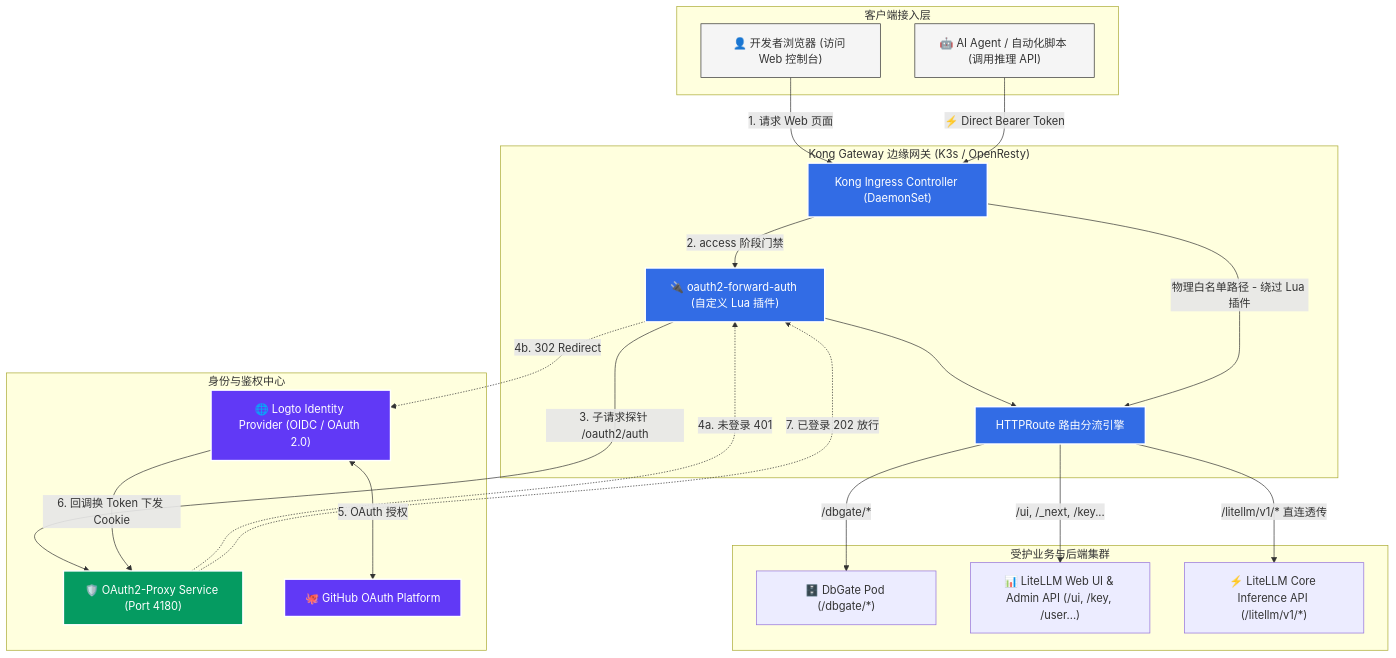
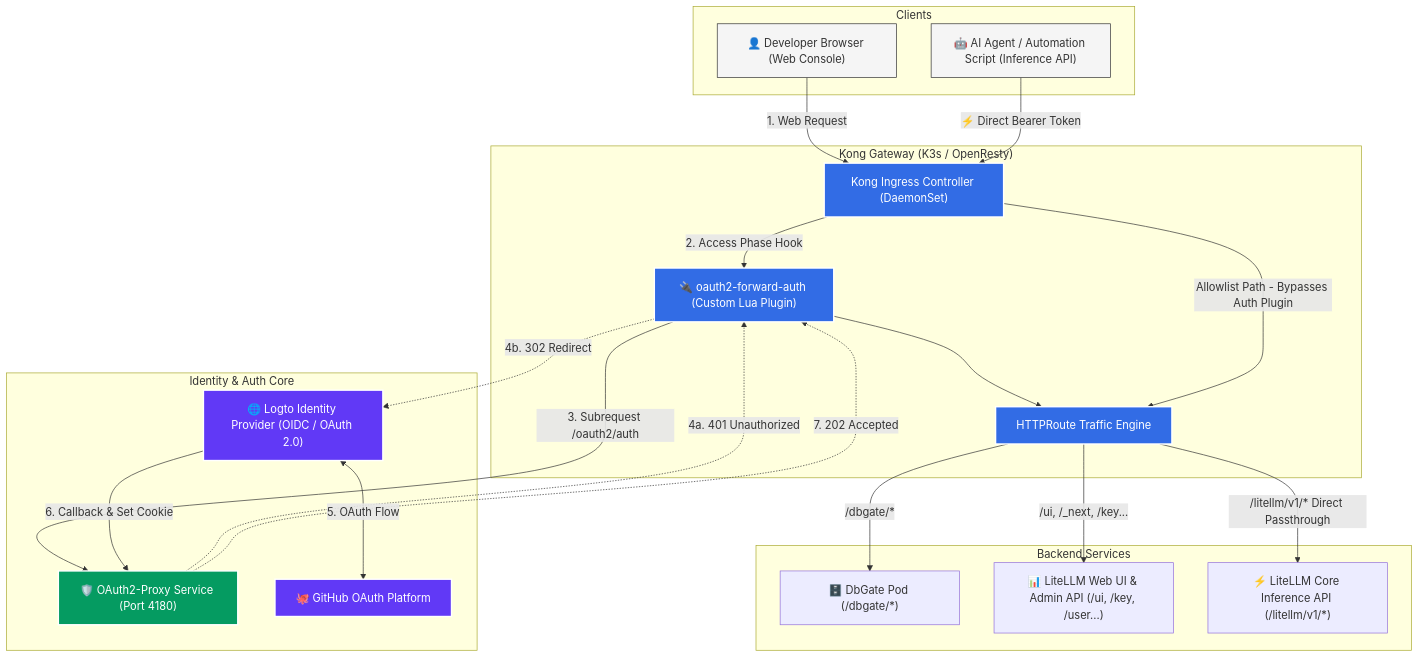
One commit to nvd11/my-argocd-manifests changed the first of 2 diagrams in docs/kong-logto-github-sso-deep-dive-blog.md. Above: the diagram before and after it, drawn with Mermaid. The commit also changed other lines of this file and 2 other files, not shown here.

````diff
--- a/docs/kong-logto-github-sso-deep-dive-blog.md
+++ b/docs/kong-logto-github-sso-deep-dive-blog.md
@@ -33,55 +33,55 @@
 ```mermaid
 flowchart TD
-    subgraph Clients["客户端接入层"]
-        Browser["👤 开发者浏览器 (访问 Web 控制台)"]
-        Agent["🤖 AI Agent / 自动化脚本 (调用推理 API)"]
+    subgraph Clients["Clients"]
+        Browser["👤 Developer Browser (Web Console)"]
+        Agent["🤖 AI Agent / Automation Script (Inference API)"]
     end
 
-    subgraph KongLayer["Kong Gateway 边缘网关 (K3s / OpenResty)"]
+    subgraph KongLayer["Kong Gateway (K3s / OpenResty)"]
         Gateway["Kong Ingress Controller (DaemonSet)"]
-        LuaPlugin["🔌 oauth2-forward-auth (自定义 Lua 插件)"]
-        GatewayAPI["HTTPRoute 路由分流引擎"]
+        LuaPlugin["🔌 oauth2-forward-auth (Custom Lua Plugin)"]
+        GatewayAPI["HTTPRoute Traffic Engine"]
     end
 
-    subgraph AuthLayer["身份与鉴权中心"]
+    subgraph AuthLayer["Identity & Auth Core"]
         AuthProxy["🛡️ OAuth2-Proxy Service (Port 4180)"]
         Logto["🌐 Logto Identity Provider (OIDC / OAuth 2.0)"]
         GitHub["🐙 GitHub OAuth Platform"]
     end
 
-    subgraph BackendServices["受护业务与后端集群"]
+    subgraph BackendServices["Backend Services"]
         DbGate["🗄️ DbGate Pod (/dbgate/*)"]
         LiteLLM_UI["📊 LiteLLM Web UI & Admin API (/ui, /key, /user...)"]
         LiteLLM_API["⚡ LiteLLM Core Inference API (/litellm/v1/*)"]
     end
 
-    %% 浏览器 UI 流量
-    Browser -->|"1. 请求 Web 页面"| Gateway
-    Gateway -->|"2. access 阶段门禁"| LuaPlugin
-    LuaPlugin -->|"3. 子请求探针 /oauth2/auth"| AuthProxy
-    AuthProxy -.->|"4a. 未登录 401"| LuaPlugin
+    %% Browser UI Traffic
+    Browser -->|"1. Web Request"| Gateway
+    Gateway -->|"2. Access Phase Hook"| LuaPlugin
+    LuaPlugin -->|"3. Subrequest /oauth2/auth"| AuthProxy
+    AuthProxy -.->|"4a. 401 Unauthorized"| LuaPlugin
     LuaPlugin -.->|"4b. 302 Redirect"| Logto
-    Logto <-->|"5. OAuth 授权"| GitHub
-    Logto -->|"6. 回调换 Token 下发 Cookie"| AuthProxy
-    AuthProxy -.->|"7. 已登录 202 放行"| LuaPlugin
+    Logto <-->|"5. OAuth Flow"| GitHub
+    Logto -->|"6. Callback & Set Cookie"| AuthProxy
+    AuthProxy -.->|"7. 202 Accepted"| LuaPlugin
     LuaPlugin --> GatewayAPI
 
-    %% 路由分流
+    %% Route Traffic
     GatewayAPI -->|"/dbgate/*"| DbGate
     GatewayAPI -->|"/ui, /_next, /key..."| LiteLLM_UI
 
-    %% API 流量穿透
+    %% API Passthrough
     Agent -->|"⚡ Direct Bearer Token"| Gateway
-    Gateway -->|"物理白名单路径 - 绕过 Lua 插件"| GatewayAPI
-    GatewayAPI -->|"/litellm/v1/* 直连透传"| LiteLLM_API
+    Gateway -->|"Allowlist Path - Bypasses Auth Plugin"| GatewayAPI
+    GatewayAPI -->|"/litellm/v1/* Direct Passthrough"| LiteLLM_API
 
     classDef k8s fill:#326ce5,stroke:#fff,stroke-width:2px,color:#fff;
     classDef auth fill:#6139F6,stroke:#fff,stroke-width:2px,color:#fff;
     classDef proxy fill:#059b61,stroke:#fff,stroke-width:2px,color:#fff;
     classDef client fill:#f5f5f5,stroke:#333,stroke-width:1px,color:#333;
 
     class Gateway,GatewayAPI,LuaPlugin k8s;
     class Logto,GitHub auth;
     class AuthProxy proxy;
     class Browser,Agent client;
 ```
````
